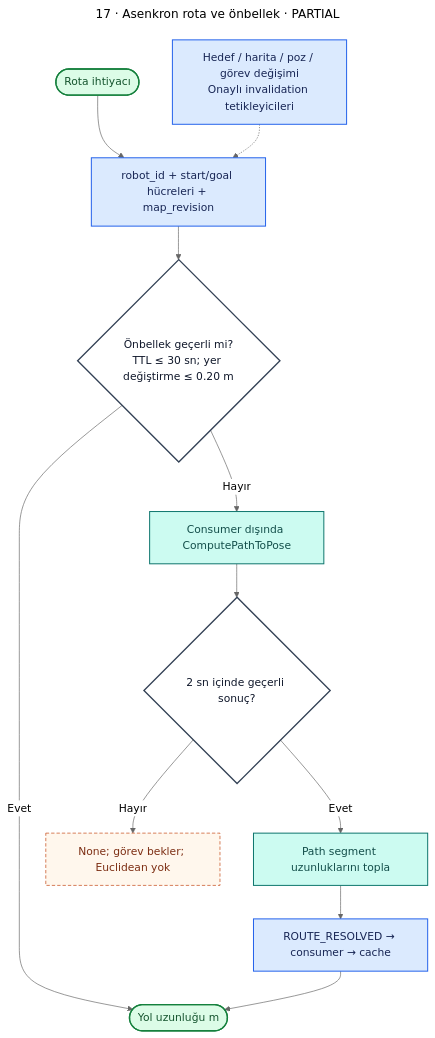
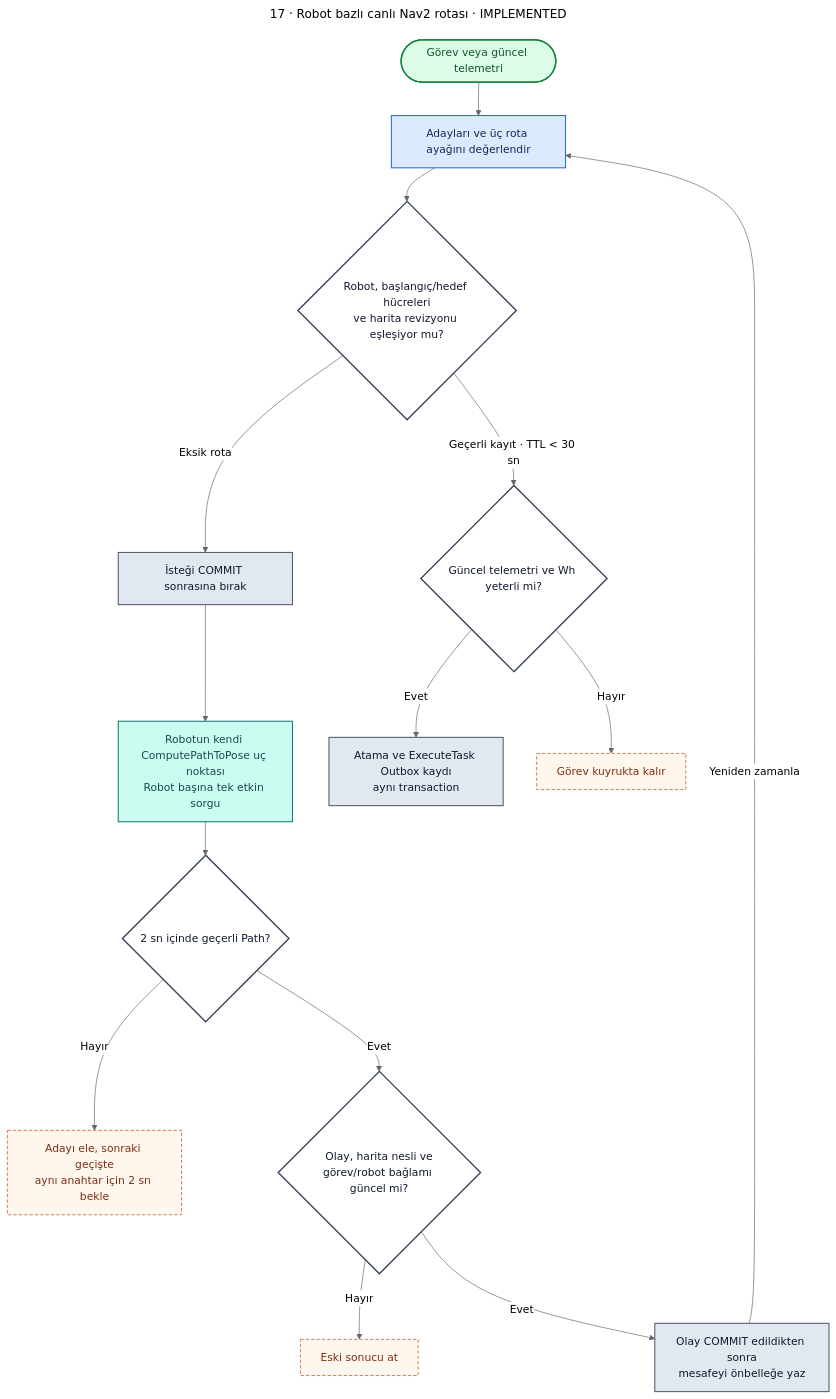
Diagram 17 of 18 in docs/diagrams/README.md (m-gnr/ros2-fleet-manager), drawn with Mermaid (neutral theme) before and after one commit. The commit also changed other lines of this file and 29 other files, not shown here.

Commit message:
feat(fleet-manager): integrate robot-specific live Nav2 routing

````diff
--- a/docs/diagrams/README.md
+++ b/docs/diagrams/README.md
@@ -970,27 +970,30 @@
 ```mermaid
 ---
-title: "17 · Asenkron rota ve önbellek · PARTIAL"
+title: "17 · Robot bazlı canlı Nav2 rotası · IMPLEMENTED"
 ---
 flowchart TD
- A(["Rota ihtiyacı"]):::terminal --> K["robot_id + start/goal hücreleri + map_revision"]:::fm
- K --> HIT{"Önbellek geçerli mi?<br/>TTL ≤ 30 sn; yer değiştirme ≤ 0.20 m"}:::decision
- HIT -->|"Evet"| D(["Yol uzunluğu m"]):::terminal
- HIT -->|"Hayır"| N["Consumer dışında ComputePathToPose"]:::nav
- N --> RES{"2 sn içinde geçerli sonuç?"}:::decision
- RES -->|"Hayır"| NONE["None; görev bekler; Euclidean yok"]:::wait
- RES -->|"Evet"| LEN["Path segment uzunluklarını topla"]:::nav
- LEN --> EVENT["ROUTE_RESOLVED → consumer → cache"]:::fm
- EVENT --> D
- INV["Hedef / harita / poz / görev değişimi<br/>Onaylı invalidation tetikleyicileri"]:::fm -.-> K
+ A(["Görev veya güncel telemetri"]):::terminal --> S["Adayları ve üç rota ayağını değerlendir"]:::fm
+ S --> K{"Robot, başlangıç/hedef hücreleri<br/>ve harita revizyonu eşleşiyor mu?"}:::decision
+ K -->|"Geçerli kayıt · TTL < 30 sn"| E{"Güncel telemetri ve Wh yeterli mi?"}:::decision
+ K -->|"Eksik rota"| C["İsteği COMMIT sonrasına bırak"]:::db
+ C --> Q["Robotun kendi ComputePathToPose uç noktası<br/>Robot başına tek etkin sorgu"]:::nav
+ Q --> R{"2 sn içinde geçerli Path?"}:::decision
+ R -->|"Hayır"| W["Adayı ele, sonraki geçişte<br/>aynı anahtar için 2 sn bekle"]:::wait
+ R -->|"Evet"| V{"Olay, harita nesli ve<br/>görev/robot bağlamı güncel mi?"}:::decision
+ V -->|"Hayır"| X["Eski sonucu at"]:::wait
+ V -->|"Evet"| P["Olay COMMIT edildikten sonra<br/>mesafeyi önbelleğe yaz"]:::db
+ P -->|"Yeniden zamanla"| S
+ E -->|"Evet"| O["Atama ve ExecuteTask Outbox kaydı<br/>aynı transaction"]:::db
+ E -->|"Hayır"| W2["Görev kuyrukta kalır"]:::wait
 
  classDef fm fill:#dbeafe,stroke:#2563eb,color:#172554,stroke-width:1.5px;
  classDef executor fill:#ede9fe,stroke:#7c3aed,color:#2e1065,stroke-width:1.5px;
  classDef nav fill:#ccfbf1,stroke:#0f766e,color:#134e4a,stroke-width:1.5px;
  classDef battery fill:#fef3c7,stroke:#d97706,color:#78350f,stroke-width:1.5px;
  classDef db fill:#e2e8f0,stroke:#475569,color:#0f172a,stroke-width:1.5px;
  classDef ui fill:#fce7f3,stroke:#be185d,color:#831843,stroke-width:1.5px;
  classDef decision fill:#fff,stroke:#334155,color:#0f172a,stroke-width:2px;
  classDef error fill:#fee2e2,stroke:#dc2626,color:#7f1d1d,stroke-width:2px;
  classDef wait fill:#fff7ed,stroke:#c2410c,color:#7c2d12,stroke-dasharray:5 3;
  classDef terminal fill:#dcfce7,stroke:#15803d,color:#14532d,stroke-width:2px;
 ```
````
